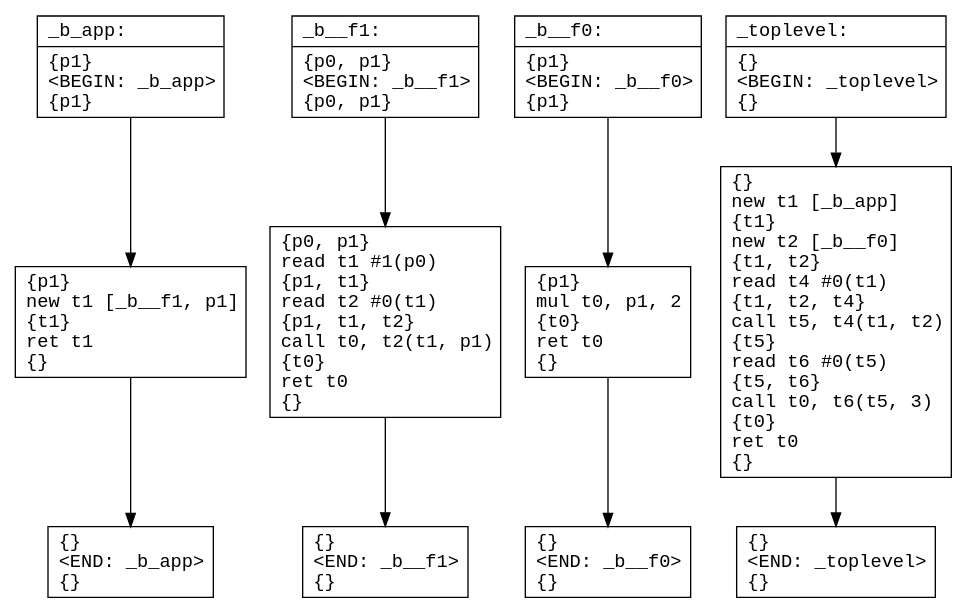
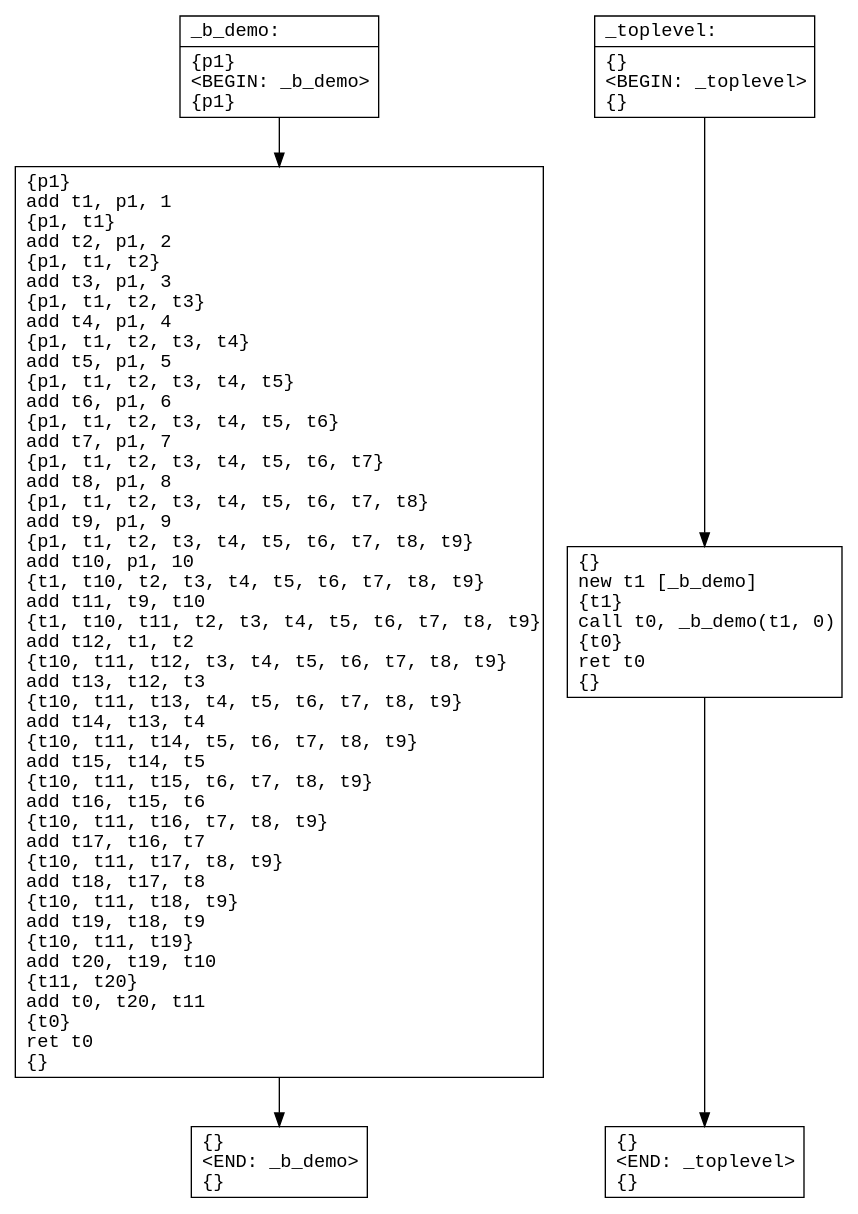
Before and after one commit to ore-puzzle/le4com: the diagram in code/cfg_tmp.dot, drawn with Graphviz. The commit also changed 37 other files, not shown here.

```diff
--- a/code/cfg_tmp.dot
+++ b/code/cfg_tmp.dot
@@ -1,30 +1,16 @@
 digraph CFG {
   node [shape=record fontname="courier"]
-  _b_app0 [label="{_b_app:\l|\{p1\}\l\<BEGIN: _b_app\>\l\{p1\}\l}"];
-  _b_app1 [label="{\{p1\}\lnew  t1 [_b__f1, p1]\l\{t1\}\lret  t1\l\{\}\l}"];
-  _b_app2 [label="{\{\}\l\<END: _b_app\>\l\{\}\l}"];
+  _b_demo0 [label="{_b_demo:\l|\{p1\}\l\<BEGIN: _b_demo\>\l\{p1\}\l}"];
+  _b_demo1 [label="{\{p1\}\ladd  t1, p1, 1\l\{p1, t1\}\ladd  t2, p1, 2\l\{p1, t1, t2\}\ladd  t3, p1, 3\l\{p1, t1, t2, t3\}\ladd  t4, p1, 4\l\{p1, t1, t2, t3, t4\}\ladd  t5, p1, 5\l\{p1, t1, t2, t3, t4, t5\}\ladd  t6, p1, 6\l\{p1, t1, t2, t3, t4, t5, t6\}\ladd  t7, p1, 7\l\{p1, t1, t2, t3, t4, t5, t6, t7\}\ladd  t8, p1, 8\l\{p1, t1, t2, t3, t4, t5, t6, t7, t8\}\ladd  t9, p1, 9\l\{p1, t1, t2, t3, t4, t5, t6, t7, t8, t9\}\ladd  t10, p1, 10\l\{t1, t10, t2, t3, t4, t5, t6, t7, t8, t9\}\ladd  t11, t9, t10\l\{t1, t10, t11, t2, t3, t4, t5, t6, t7, t8, t9\}\ladd  t12, t1, t2\l\{t10, t11, t12, t3, t4, t5, t6, t7, t8, t9\}\ladd  t13, t12, t3\l\{t10, t11, t13, t4, t5, t6, t7, t8, t9\}\ladd  t14, t13, t4\l\{t10, t11, t14, t5, t6, t7, t8, t9\}\ladd  t15, t14, t5\l\{t10, t11, t15, t6, t7, t8, t9\}\ladd  t16, t15, t6\l\{t10, t11, t16, t7, t8, t9\}\ladd  t17, t16, t7\l\{t10, t11, t17, t8, t9\}\ladd  t18, t17, t8\l\{t10, t11, t18, t9\}\ladd  t19, t18, t9\l\{t10, t11, t19\}\ladd  t20, t19, t10\l\{t11, t20\}\ladd  t0, t20, t11\l\{t0\}\lret  t0\l\{\}\l}"];
+  _b_demo2 [label="{\{\}\l\<END: _b_demo\>\l\{\}\l}"];
 
-  _b_app0 -> _b_app1
-  _b_app1 -> _b_app2
-  
-  _b__f10 [label="{_b__f1:\l|\{p0, p1\}\l\<BEGIN: _b__f1\>\l\{p0, p1\}\l}"];
-  _b__f11 [label="{\{p0, p1\}\lread  t1 #1(p0)\l\{p1, t1\}\lread  t2 #0(t1)\l\{p1, t1, t2\}\lcall  t0, t2(t1, p1)\l\{t0\}\lret  t0\l\{\}\l}"];
-  _b__f12 [label="{\{\}\l\<END: _b__f1\>\l\{\}\l}"];
-
-  _b__f10 -> _b__f11
-  _b__f11 -> _b__f12
-  
-  _b__f00 [label="{_b__f0:\l|\{p1\}\l\<BEGIN: _b__f0\>\l\{p1\}\l}"];
-  _b__f01 [label="{\{p1\}\lmul  t0, p1, 2\l\{t0\}\lret  t0\l\{\}\l}"];
-  _b__f02 [label="{\{\}\l\<END: _b__f0\>\l\{\}\l}"];
-
-  _b__f00 -> _b__f01
-  _b__f01 -> _b__f02
+  _b_demo0 -> _b_demo1
+  _b_demo1 -> _b_demo2
   
   _toplevel0 [label="{_toplevel:\l|\{\}\l\<BEGIN: _toplevel\>\l\{\}\l}"];
-  _toplevel1 [label="{\{\}\lnew  t1 [_b_app]\l\{t1\}\lnew  t2 [_b__f0]\l\{t1, t2\}\lread  t4 #0(t1)\l\{t1, t2, t4\}\lcall  t5, t4(t1, t2)\l\{t5\}\lread  t6 #0(t5)\l\{t5, t6\}\lcall  t0, t6(t5, 3)\l\{t0\}\lret  t0\l\{\}\l}"];
+  _toplevel1 [label="{\{\}\lnew  t1 [_b_demo]\l\{t1\}\lcall  t0, _b_demo(t1, 0)\l\{t0\}\lret  t0\l\{\}\l}"];
   _toplevel2 [label="{\{\}\l\<END: _toplevel\>\l\{\}\l}"];
 
   _toplevel0 -> _toplevel1
   _toplevel1 -> _toplevel2
   }
```
